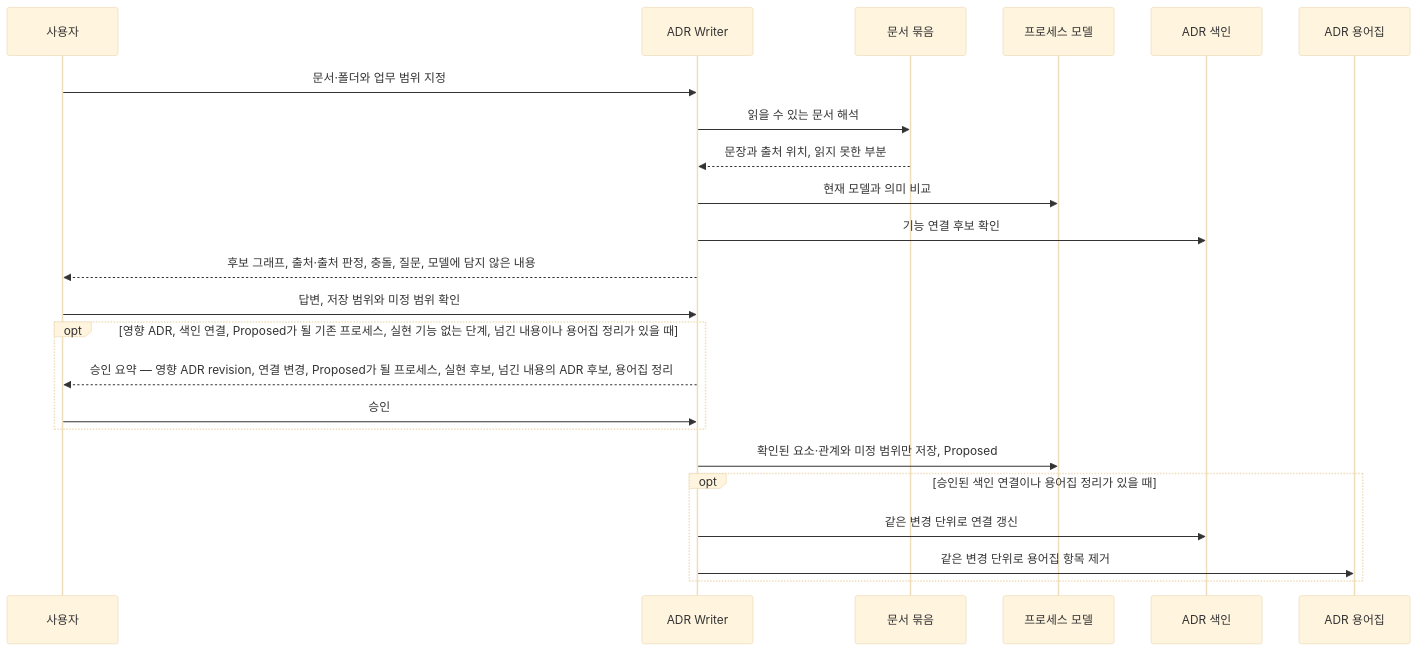
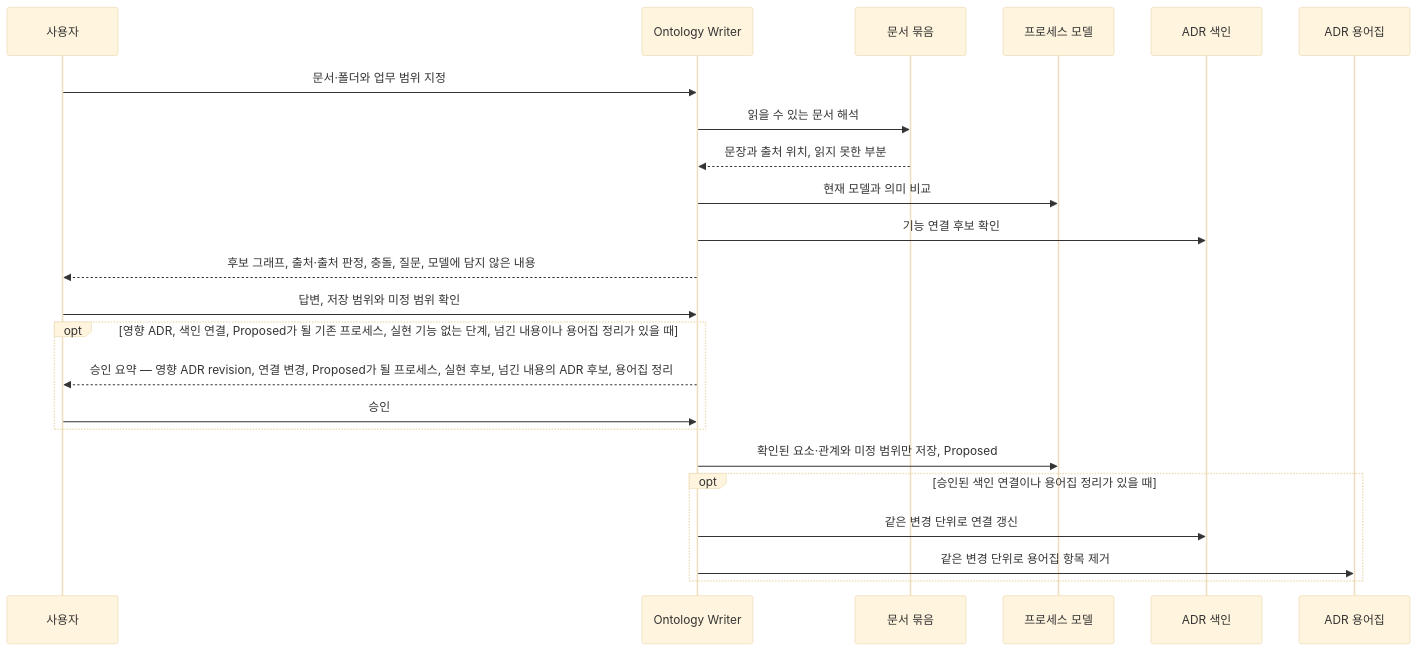
Before and after one commit to haandol/alps-writer-plugins: the diagram in docs/adr/process-modeling/0004-build-process-model-from-documents.md, drawn with Mermaid (base theme). The commit also changed other lines of this file and 153 other files, not shown here.

````diff
--- a/docs/adr/process-modeling/0004-build-process-model-from-documents.md
+++ b/docs/adr/process-modeling/0004-build-process-model-from-documents.md
@@ -68,25 +68,25 @@
 ```mermaid
 sequenceDiagram
     participant U as 사용자
-    participant B as ADR Writer
+    participant B as Ontology Writer
     participant D as 문서 묶음
     participant P as 프로세스 모델
     participant I as ADR 색인
     participant G as ADR 용어집
     U->>B: 문서·폴더와 업무 범위 지정
     B->>D: 읽을 수 있는 문서 해석
     D-->>B: 문장과 출처 위치, 읽지 못한 부분
     B->>P: 현재 모델과 의미 비교
     B->>I: 기능 연결 후보 확인
     B-->>U: 후보 그래프, 출처·출처 판정, 충돌, 질문, 모델에 담지 않은 내용
     U->>B: 답변, 저장 범위와 미정 범위 확인
     opt 영향 ADR, 색인 연결, Proposed가 될 기존 프로세스, 실현 기능 없는 단계, 넘긴 내용이나 용어집 정리가 있을 때
         B-->>U: 승인 요약 — 영향 ADR revision, 연결 변경, Proposed가 될 프로세스, 실현 후보, 넘긴 내용의 ADR 후보, 용어집 정리
         U->>B: 승인
     end
     B->>P: 확인된 요소·관계와 미정 범위만 저장, Proposed
     opt 승인된 색인 연결이나 용어집 정리가 있을 때
         B->>I: 같은 변경 단위로 연결 갱신
         B->>G: 같은 변경 단위로 용어집 항목 제거
     end
 ```
````
